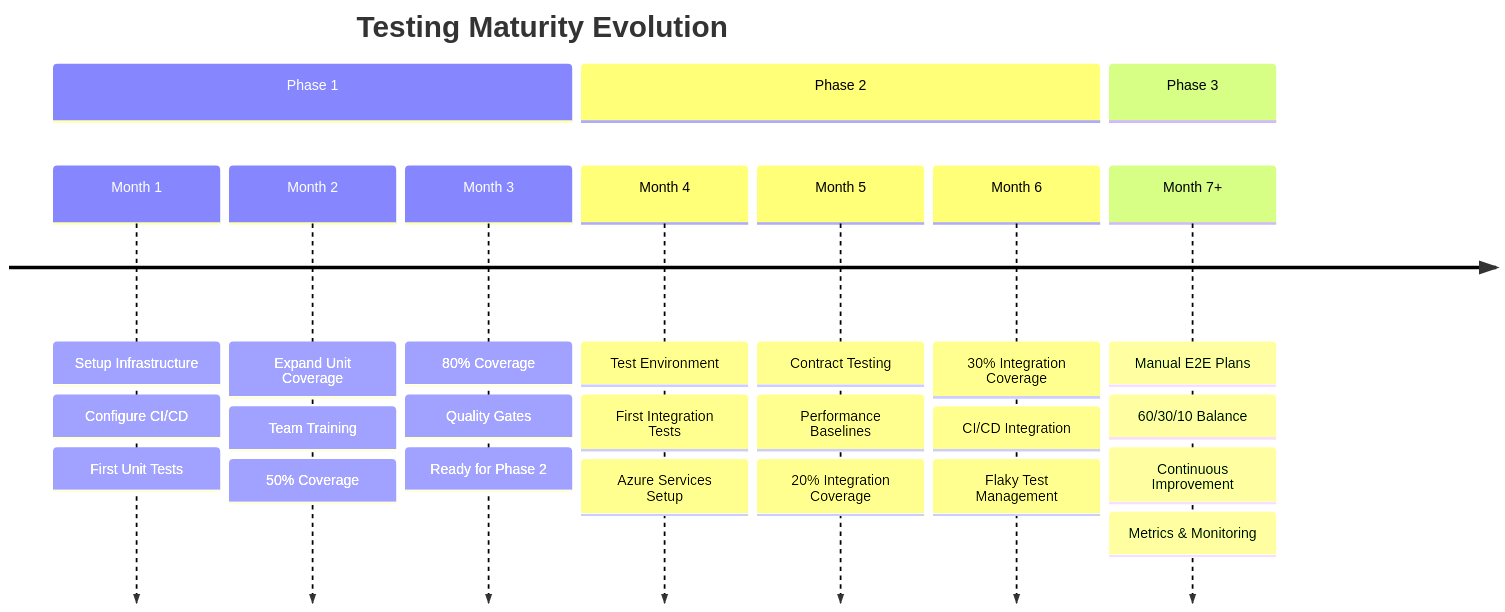
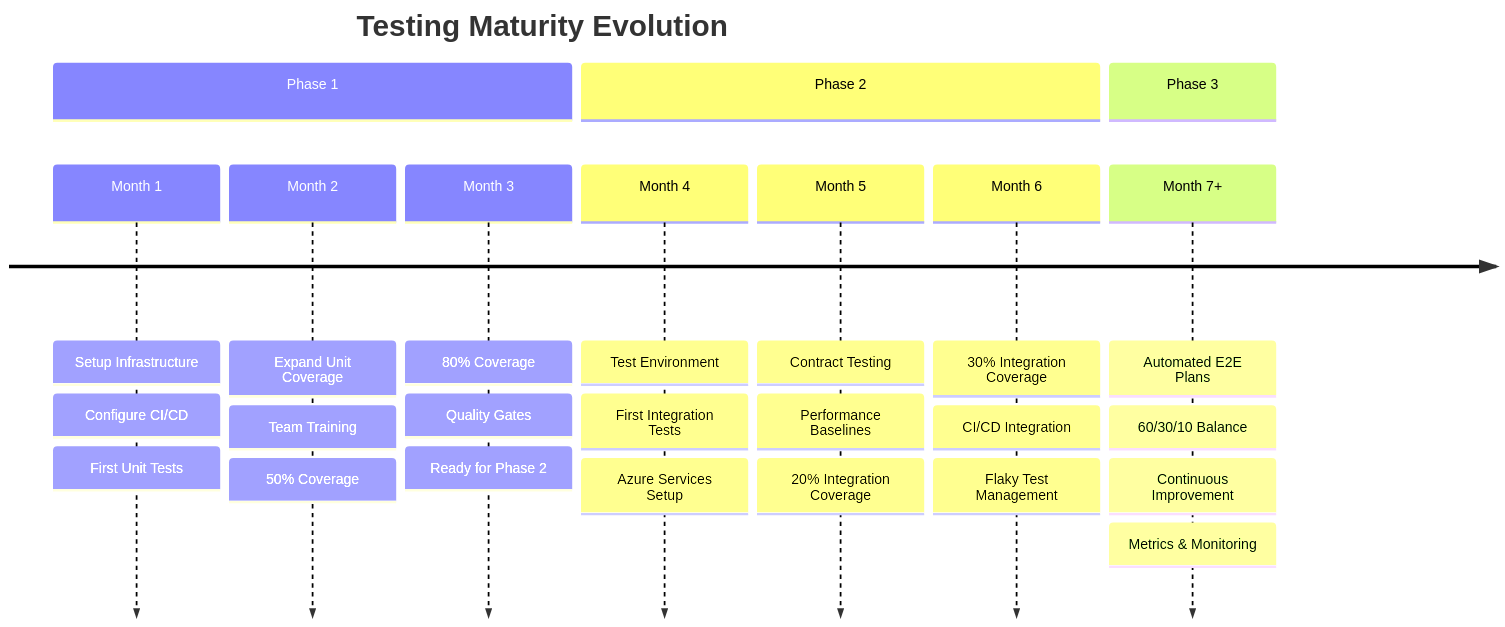
The seventh of 8 diagrams in AUTOMATION_TESTING_STANDARD.md (mojtaba-rezaei/testing-strategy), drawn with Mermaid before and after one commit. The commit also changed other lines of this file and 1 other file, not shown here.

````diff
--- a/AUTOMATION_TESTING_STANDARD.md
+++ b/AUTOMATION_TESTING_STANDARD.md
@@ -379,29 +331,29 @@
 ```mermaid
 timeline
     title Testing Maturity Evolution
     section Phase 1
         Month 1 : Setup Infrastructure
                 : Configure CI/CD
                 : First Unit Tests
         Month 2 : Expand Unit Coverage
                 : Team Training
                 : 50% Coverage
         Month 3 : 80% Coverage
                 : Quality Gates
                 : Ready for Phase 2
     section Phase 2
         Month 4 : Test Environment
                 : First Integration Tests
                 : Azure Services Setup
         Month 5 : Contract Testing
                 : Performance Baselines
                 : 20% Integration Coverage
         Month 6 : 30% Integration Coverage
                 : CI/CD Integration
                 : Flaky Test Management
     section Phase 3
-        Month 7+ : Manual E2E Plans
+        Month 7+ : Automated E2E Plans
                  : 60/30/10 Balance
                  : Continuous Improvement
                  : Metrics & Monitoring
 ```
````
